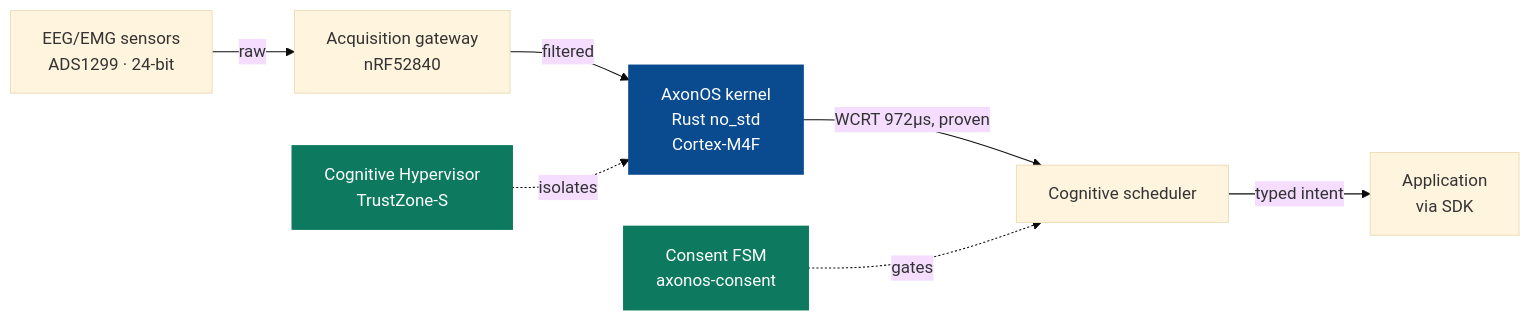
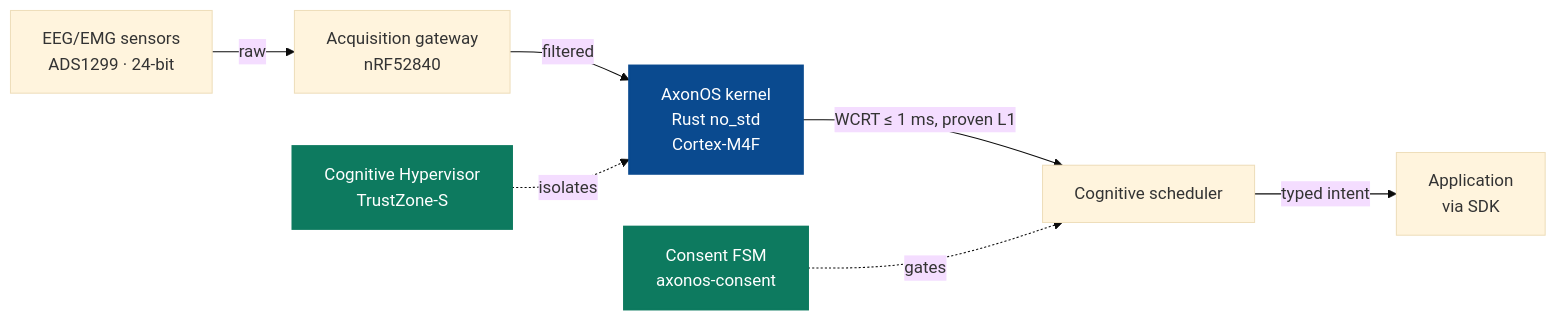
Before and after one commit to AxonOS-org/.github: the diagram in profile/README.md, drawn with Mermaid (base theme). The commit also changed other lines of this file and 8 other files, not shown here.

````diff
--- a/profile/README.md
+++ b/profile/README.md
@@ -175,14 +179,14 @@
 ```mermaid
 flowchart LR
     A[EEG/EMG sensors<br/>ADS1299 · 24-bit] -->|raw| B[Acquisition gateway<br/>nRF52840]
     B -->|filtered| C[AxonOS kernel<br/>Rust no_std<br/>Cortex-M4F]
-    C -->|WCRT 972µs, proven| D[Cognitive scheduler]
+    C -->|WCRT ≤ 1 ms, proven L1| D[Cognitive scheduler]
     D -->|typed intent| E[Application<br/>via SDK]
     F[Cognitive Hypervisor<br/>TrustZone-S] -.->|isolates| C
     G[Consent FSM<br/>axonos-consent] -.->|gates| D
 
     classDef kernel fill:#0a4a8f,stroke:#0a4a8f,color:#fff,stroke-width:2px
     classDef secure fill:#0d7a5f,stroke:#0d7a5f,color:#fff,stroke-width:2px
     class C kernel
     class F,G secure
 ```
````
